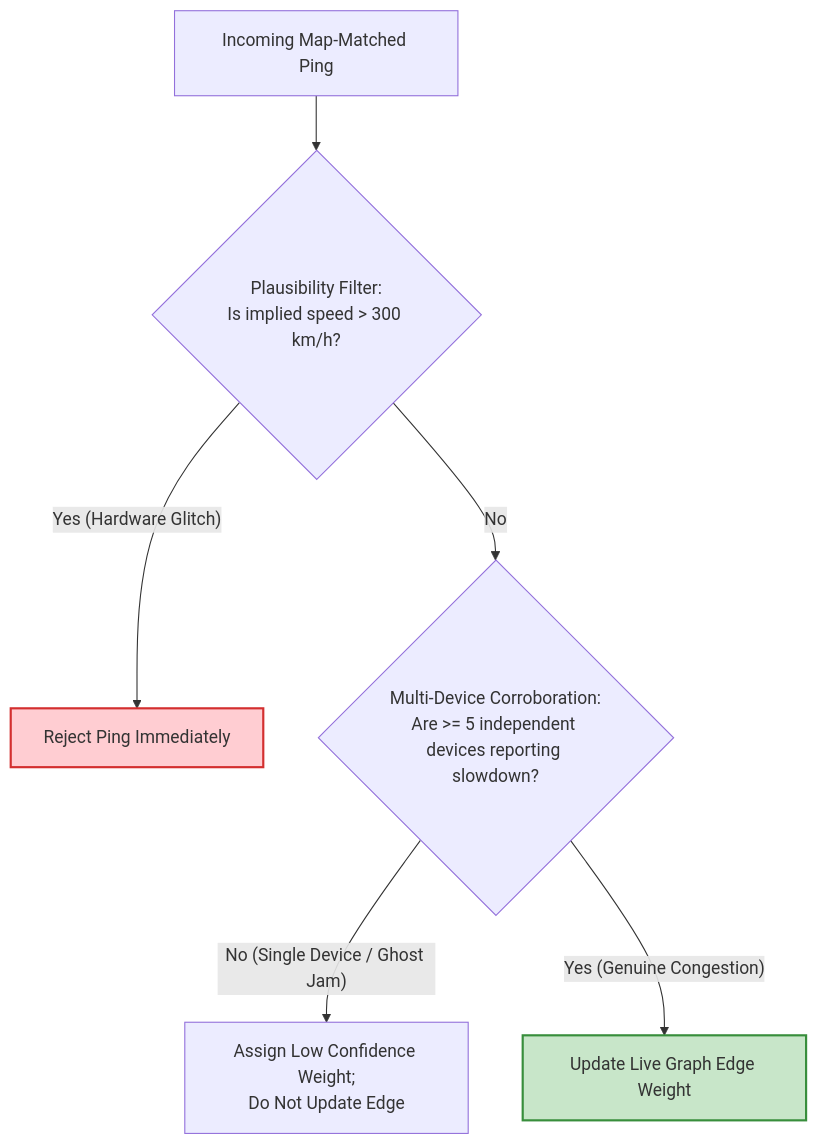
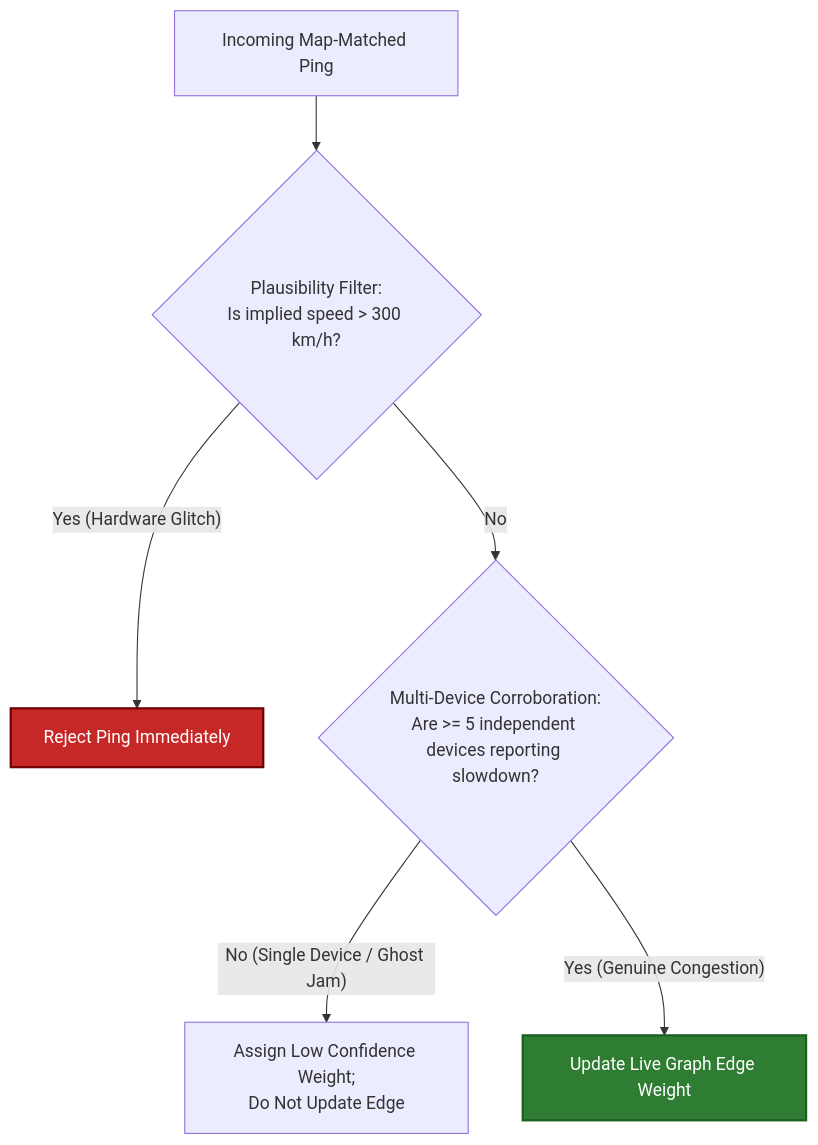
One commit to riyaz-pasha/Learnings changed diagram 13 of 20 in system-design/HLD/0-course/28-Design Google Maps-FAANG-Guide-story.md. Above: the diagram before and after it, drawn with Mermaid. The commit also changed other lines of this file and 1 other file, not shown here.

First line of the commit message:
[HLD] Make Google Maps guide mermaid diagram colors theme-safe

````diff
--- a/system-design/HLD/0-course/28-Design Google Maps-FAANG-Guide-story.md
+++ b/system-design/HLD/0-course/28-Design Google Maps-FAANG-Guide-story.md
@@ -667,11 +667,11 @@
 ```mermaid
 flowchart TD
     A["Incoming Map-Matched Ping"] --> B{"Plausibility Filter:<br/>Is implied speed > 300 km/h?"}
     B -->|"Yes (Hardware Glitch)"| C["Reject Ping Immediately"]
     B -->|"No"| D{"Multi-Device Corroboration:<br/>Are >= 5 independent devices reporting slowdown?"}
     D -->|"No (Single Device / Ghost Jam)"| E["Assign Low Confidence Weight;<br/>Do Not Update Edge"]
     D -->|"Yes (Genuine Congestion)"| F["Update Live Graph Edge Weight"]
 
-    style C fill:#ffcdd2,stroke:#d32f2f,stroke-width:2px
-    style F fill:#c8e6c9,stroke:#388e3c,stroke-width:2px
+    style C fill:#c62828,stroke:#6e0000,color:#ffffff,stroke-width:2px
+    style F fill:#2e7d32,stroke:#1b5e20,color:#ffffff,stroke-width:2px
 ```
````
